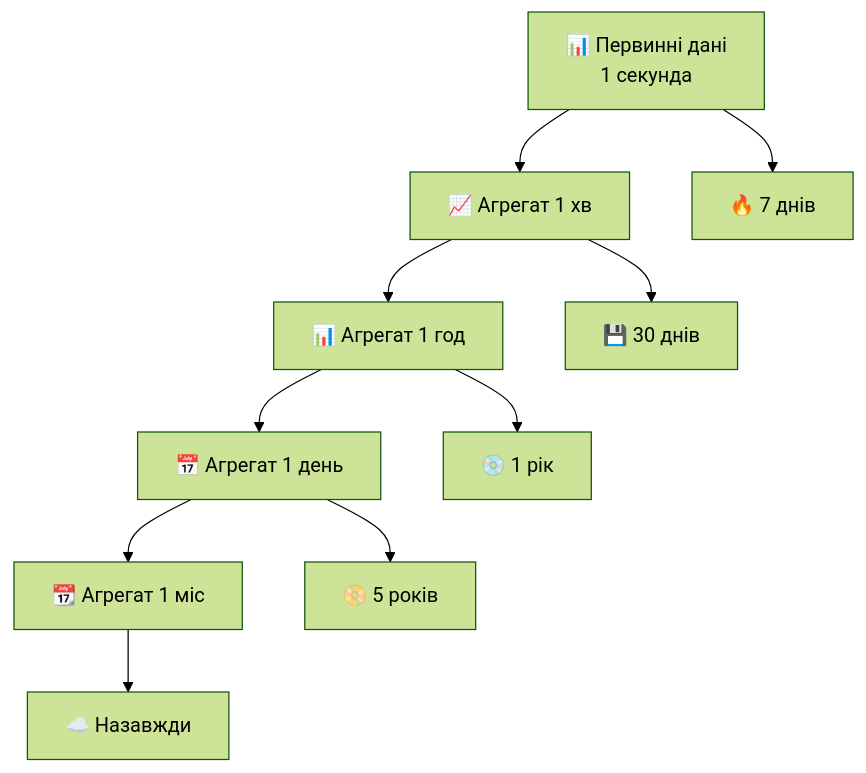
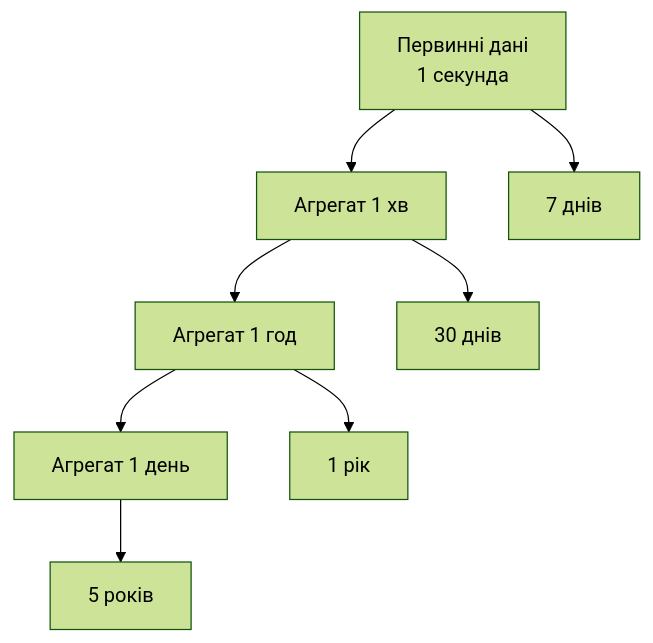
Before and after one commit to olroi421/course-bd: the third of 5 diagrams in presentations/presentation-21.md, drawn with Mermaid (forest theme). The commit also changed other lines of this file and 26 other files, not shown here.

````diff
--- a/presentations/presentation-21.md
+++ b/presentations/presentation-21.md
@@ -233,13 +123,11 @@
 ```mermaid
 graph TD
-    A[📊 Первинні дані<br/>1 секунда] --> B[📈 Агрегат 1 хв]
-    B --> C[📊 Агрегат 1 год]
-    C --> D[📅 Агрегат 1 день]
-    D --> E[📆 Агрегат 1 міс]
+    A[Первинні дані<br/>1 секунда] --> B[Агрегат 1 хв]
+    B --> C[Агрегат 1 год]
+    C --> D[Агрегат 1 день]
 
-    A --> F[🔥 7 днів]
-    B --> G[💾 30 днів]
-    C --> H[💿 1 рік]
-    D --> I[📀 5 років]
-    E --> J[☁️ Назавжди]
+    A --> F[7 днів]
+    B --> G[30 днів]
+    C --> H[1 рік]
+    D --> I[5 років]
 ```
````
